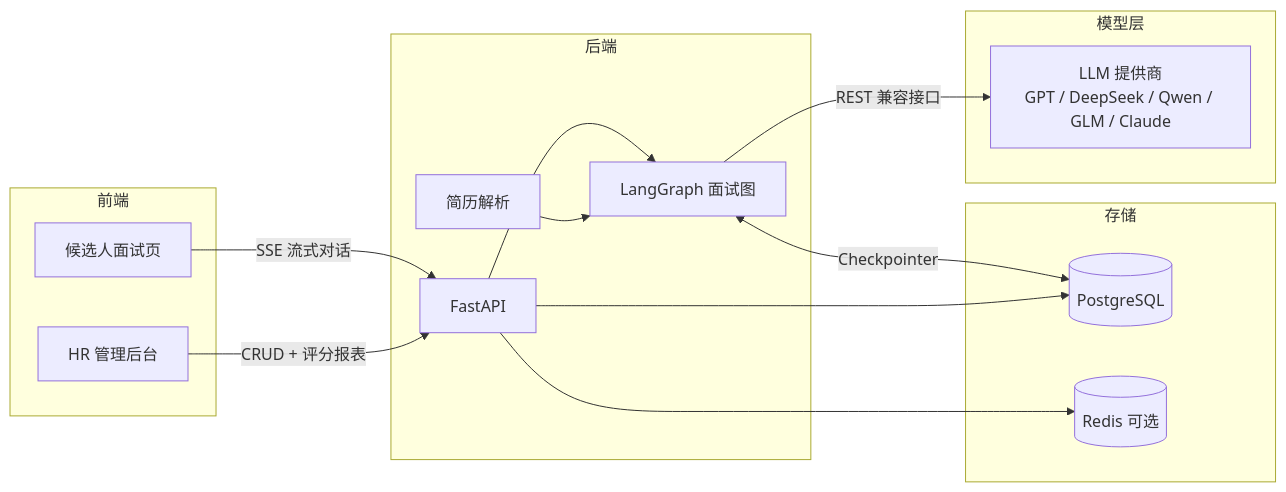
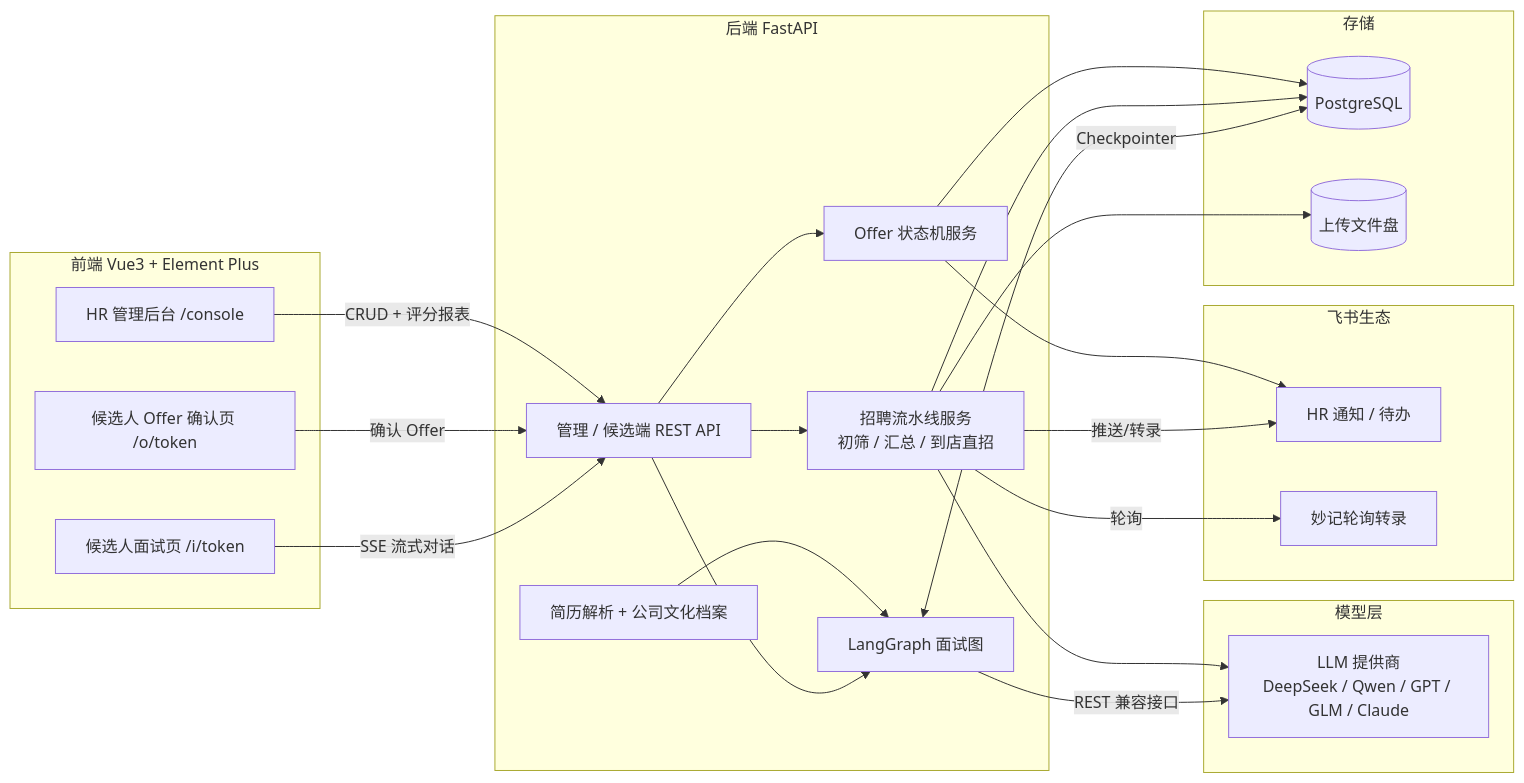
One commit to WEMoon957/ai-interview-agent changed the first of 3 diagrams in README.md. Above: the diagram before and after it, drawn with Mermaid. The commit also changed other lines of this file, not shown here.

Commit message:
docs: README 更新为完整招聘闭环说明（含 Offer → 入职阶段）

````diff
--- a/README.md
+++ b/README.md
@@ -20,28 +24,43 @@
 ```mermaid
 flowchart LR
-    subgraph Client[前端]
-        A[候选人面试页] 
-        B[HR 管理后台]
+    subgraph Client[前端 Vue3 + Element Plus]
+        A[候选人面试页 /i/token]
+        B[候选人 Offer 确认页 /o/token]
+        C[HR 管理后台 /console]
     end
-    subgraph Server[后端]
-        C[FastAPI]
-        D[LangGraph 面试图]
-        E[简历解析]
+    subgraph Server[后端 FastAPI]
+        D[管理 / 候选端 REST API]
+        E[LangGraph 面试图]
+        F[招聘流水线服务<br/>初筛 / 汇总 / 到店直招]
+        G[Offer 状态机服务]
+        H[简历解析 + 公司文化档案]
     end
     subgraph Store[存储]
-        F[(PostgreSQL)]
-        G[(Redis 可选)]
+        I[(PostgreSQL)]
+        J[(上传文件盘)]
+    end
+    subgraph Feishu[飞书生态]
+        K[HR 通知 / 待办]
+        L[妙记轮询转录]
     end
     subgraph Model[模型层]
-        H[LLM 提供商<br/>GPT / DeepSeek / Qwen / GLM / Claude]
+        M[LLM 提供商<br/>DeepSeek / Qwen / GPT / GLM / Claude]
     end
 
-    A -->|SSE 流式对话| C
-    B -->|CRUD + 评分报表| C
-    C --> D
-    E --> D
-    D <-->|Checkpointer| F
-    C --> F
-    C --> G
-    D -->|REST 兼容接口| H
+    A -->|SSE 流式对话| D
+    B -->|确认 Offer| D
+    C -->|CRUD + 评分报表| D
+    D --> E
+    D --> F
+    D --> G
+    H --> E
+    E <-->|Checkpointer| I
+    F --> I
+    G --> I
+    F --> J
+    F -->|推送/转录| K
+    F -->|轮询| L
+    E -->|REST 兼容接口| M
+    F --> M
+    G --> K
 ```
````
